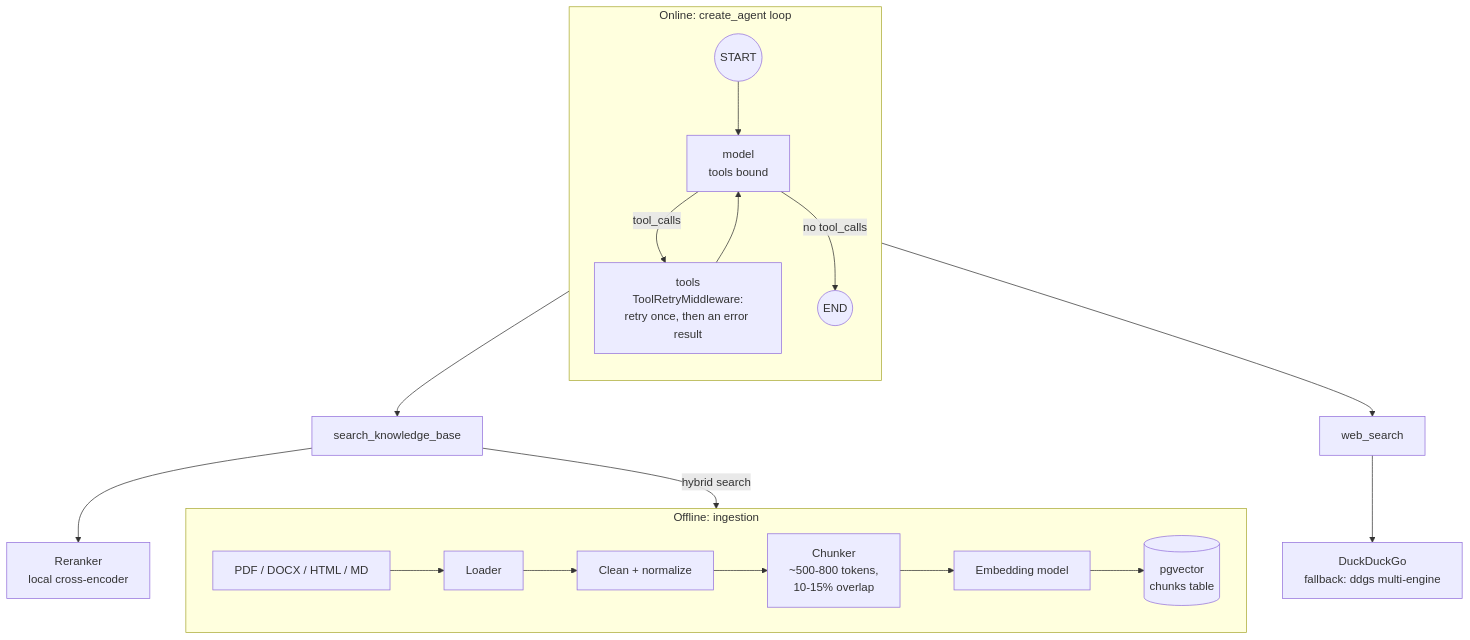
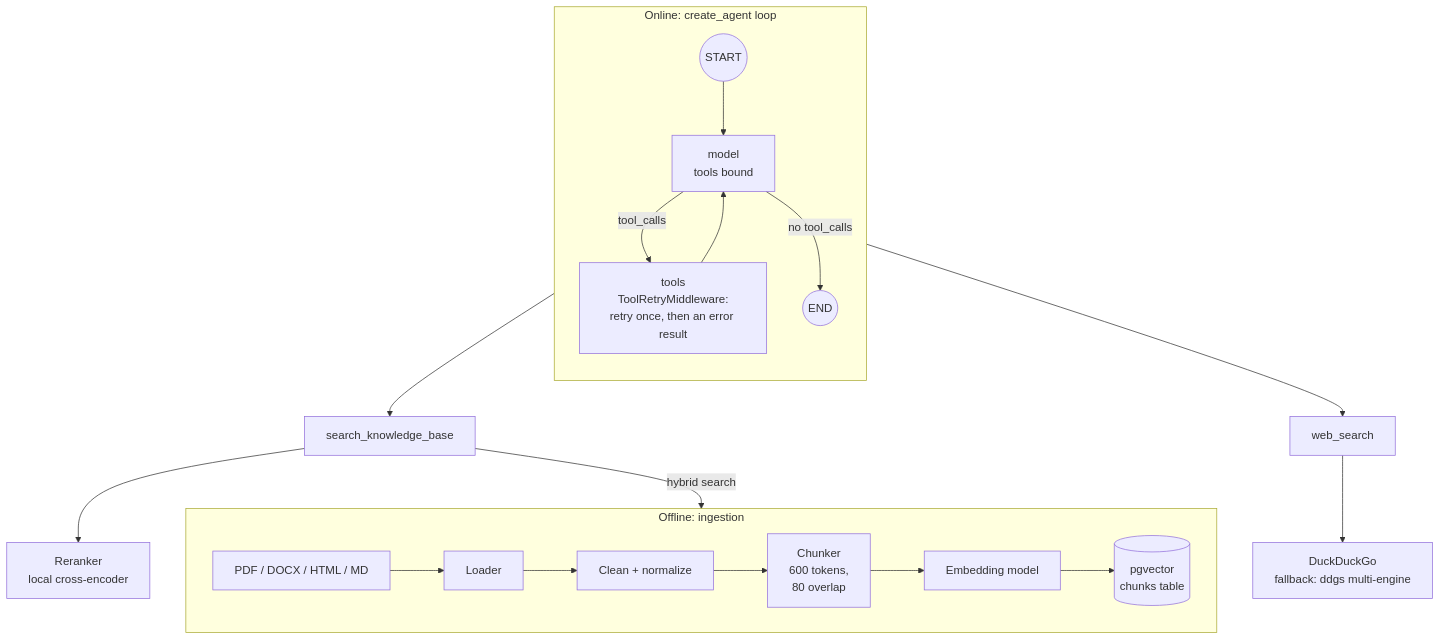
One commit to Anirudh1905/agentic-ai-chatbot changed the first of 2 diagrams in docs/phase-2-tools-rag-web-search.md. Above: the diagram before and after it, drawn with Mermaid. The commit also changed other lines of this file and 9 other files, not shown here.

````diff
--- a/docs/phase-2-tools-rag-web-search.md
+++ b/docs/phase-2-tools-rag-web-search.md
@@ -20,25 +17,25 @@
 ```mermaid
 flowchart TB
     subgraph Offline["Offline: ingestion"]
         direction LR
         Src[PDF / DOCX / HTML / MD] --> Load[Loader]
         Load --> Clean[Clean + normalize]
-        Clean --> Chunk[Chunker<br/>~500-800 tokens,<br/>10-15% overlap]
+        Clean --> Chunk[Chunker<br/>600 tokens,<br/>80 overlap]
         Chunk --> Embed[Embedding model]
         Embed --> Idx[(pgvector<br/>chunks table)]
     end
 
     subgraph Online["Online: create_agent loop"]
         direction TB
         START((START)) --> LLM[model<br/>tools bound]
         LLM -->|tool_calls| TN["tools<br/>ToolRetryMiddleware:<br/>retry once, then an error result"]
         TN --> LLM
         LLM -->|no tool_calls| END((END))
     end
 
     TN --> KB[search_knowledge_base]
     TN --> WS[web_search]
     KB -->|hybrid search| Idx
     KB --> RR[Reranker<br/>local cross-encoder]
     WS --> DDG[DuckDuckGo<br/>fallback: ddgs multi-engine]
 ```
````
